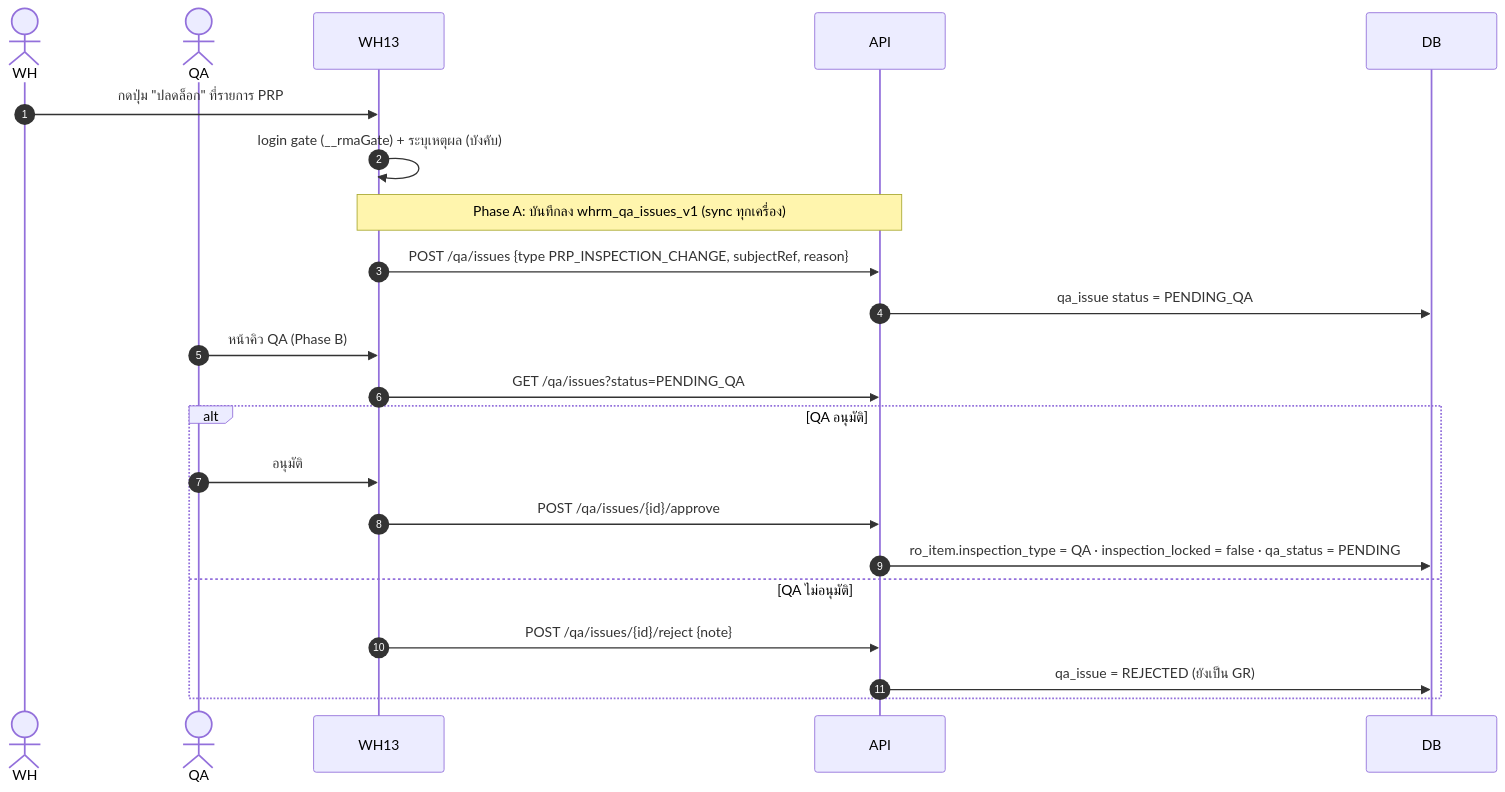
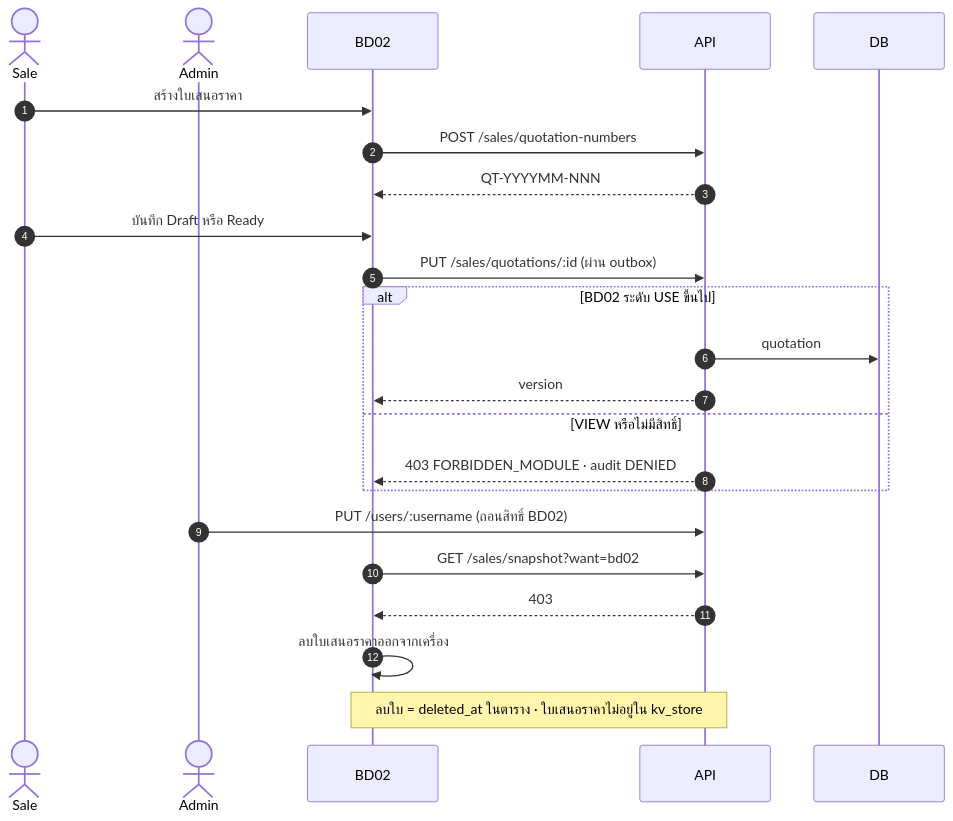
Before and after one commit to Aum2010/WHSM-1791103979: diagram 11 of 14 in docs/01-sequence-diagrams.md, drawn with Mermaid. The commit also changed other lines of this file and 3 other files, not shown here.

Commit message:
Docs: update sequence diagrams to current system; record customer decisions

````diff
--- a/docs/01-sequence-diagrams.md
+++ b/docs/01-sequence-diagrams.md
@@ -448,25 +379,26 @@
 ```mermaid
 sequenceDiagram
     autonumber
-    actor WH
-    actor QA
-    participant WH13
+    actor Sale
+    actor Admin
+    participant BD02
     participant API
     participant DB
 
-    WH->>WH13: กดปุ่ม "ปลดล็อก" ที่รายการ PRP
-    WH13->>WH13: login gate (__rmaGate) + ระบุเหตุผล (บังคับ)
-    Note over WH13,API: Phase A: บันทึกลง whrm_qa_issues_v1 (sync ทุกเครื่อง)
-    WH13->>API: POST /qa/issues {type PRP_INSPECTION_CHANGE, subjectRef, reason}
-    API->>DB: qa_issue status = PENDING_QA
-    QA->>WH13: หน้าคิว QA (Phase B)
-    WH13->>API: GET /qa/issues?status=PENDING_QA
-    alt QA อนุมัติ
-        QA->>WH13: อนุมัติ
-        WH13->>API: POST /qa/issues/{id}/approve
-        API->>DB: ro_item.inspection_type = QA · inspection_locked = false · qa_status = PENDING
-    else QA ไม่อนุมัติ
-        WH13->>API: POST /qa/issues/{id}/reject {note}
-        API->>DB: qa_issue = REJECTED (ยังเป็น GR)
+    Sale->>BD02: สร้างใบเสนอราคา
+    BD02->>API: POST /sales/quotation-numbers
+    API-->>BD02: QT-YYYYMM-NNN
+    Sale->>BD02: บันทึก Draft หรือ Ready
+    BD02->>API: PUT /sales/quotations/:id (ผ่าน outbox)
+    alt BD02 ระดับ USE ขึ้นไป
+        API->>DB: quotation
+        API-->>BD02: version
+    else VIEW หรือไม่มีสิทธิ์
+        API-->>BD02: 403 FORBIDDEN_MODULE · audit DENIED
     end
+    Admin->>API: PUT /users/:username (ถอนสิทธิ์ BD02)
+    BD02->>API: GET /sales/snapshot?want=bd02
+    API-->>BD02: 403
+    BD02->>BD02: ลบใบเสนอราคาออกจากเครื่อง
+    Note over BD02,API: ลบใบ = deleted_at ในตาราง · ใบเสนอราคาไม่อยู่ใน kv_store
 ```
````
